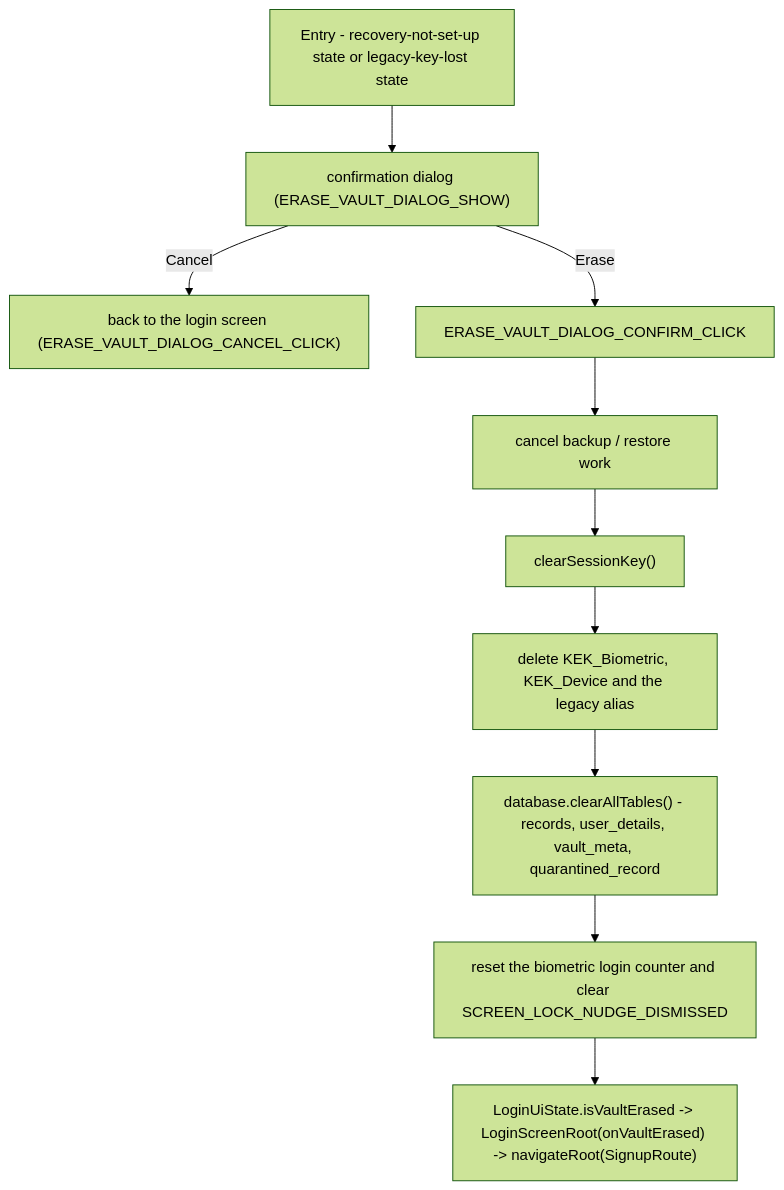
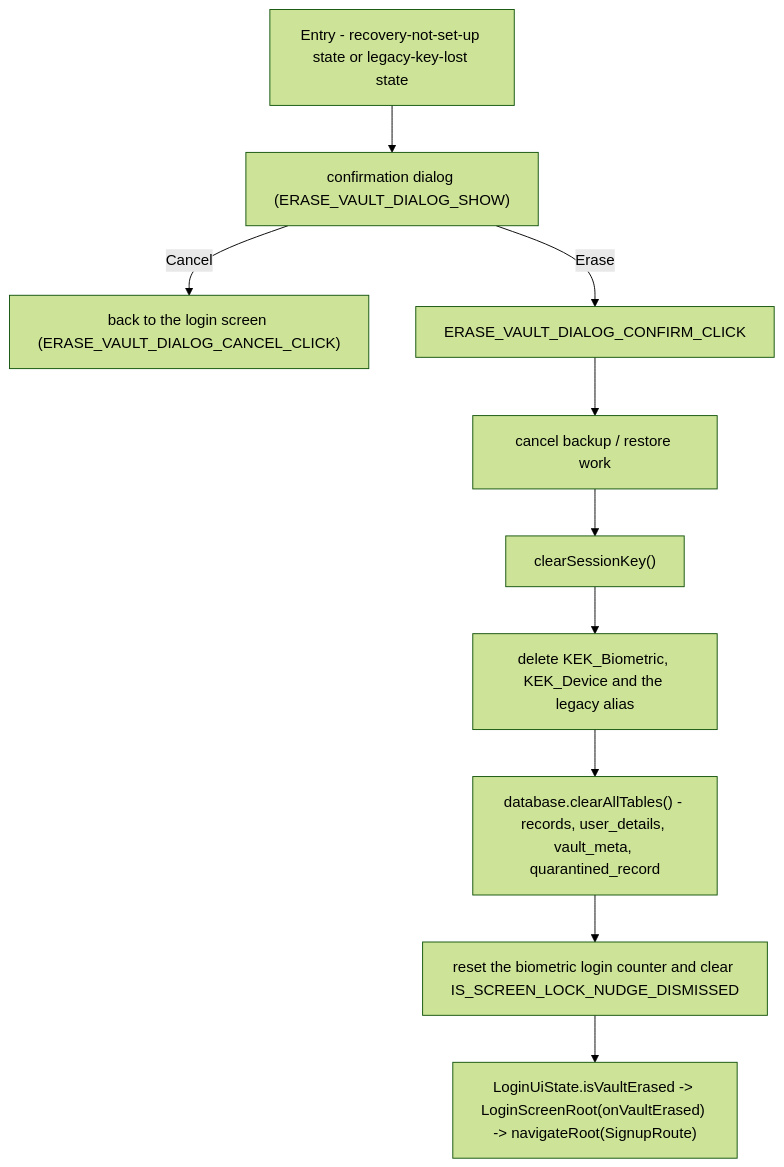
One commit to Ni3verma/Safe-Box changed diagram 16 of 23 in docs/design/envelope-encryption.md. Above: the diagram before and after it, drawn with Mermaid (forest theme). The commit also changed other lines of this file and 48 other files, not shown here.

````diff
--- a/docs/design/envelope-encryption.md
+++ b/docs/design/envelope-encryption.md
@@ -877,12 +878,12 @@
 ```mermaid
 flowchart TB
     E["Entry - recovery-not-set-up state or legacy-key-lost state"] --> D["confirmation dialog (ERASE_VAULT_DIALOG_SHOW)"]
     D -->|"Cancel"| C["back to the login screen (ERASE_VAULT_DIALOG_CANCEL_CLICK)"]
     D -->|"Erase"| S0["ERASE_VAULT_DIALOG_CONFIRM_CLICK"]
     S0 --> S1["cancel backup / restore work"]
     S1 --> S2["clearSessionKey()"]
     S2 --> S3["delete KEK_Biometric, KEK_Device and the legacy alias"]
     S3 --> S4["database.clearAllTables() - records, user_details, vault_meta, quarantined_record"]
-    S4 --> S5["reset the biometric login counter and clear SCREEN_LOCK_NUDGE_DISMISSED"]
+    S4 --> S5["reset the biometric login counter and clear IS_SCREEN_LOCK_NUDGE_DISMISSED"]
     S5 --> S6["LoginUiState.isVaultErased -> LoginScreenRoot(onVaultErased) -> navigateRoot(SignupRoute)"]
 ```
````
